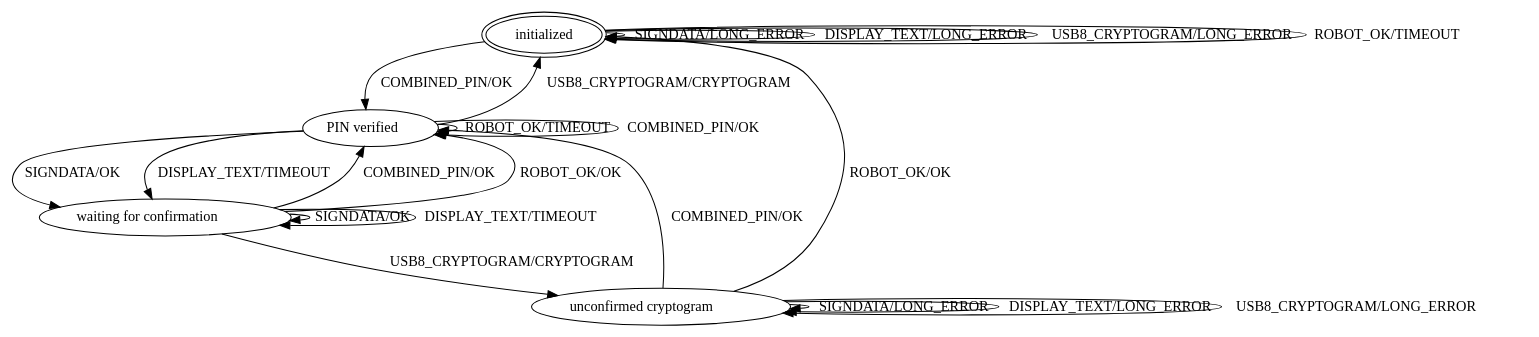
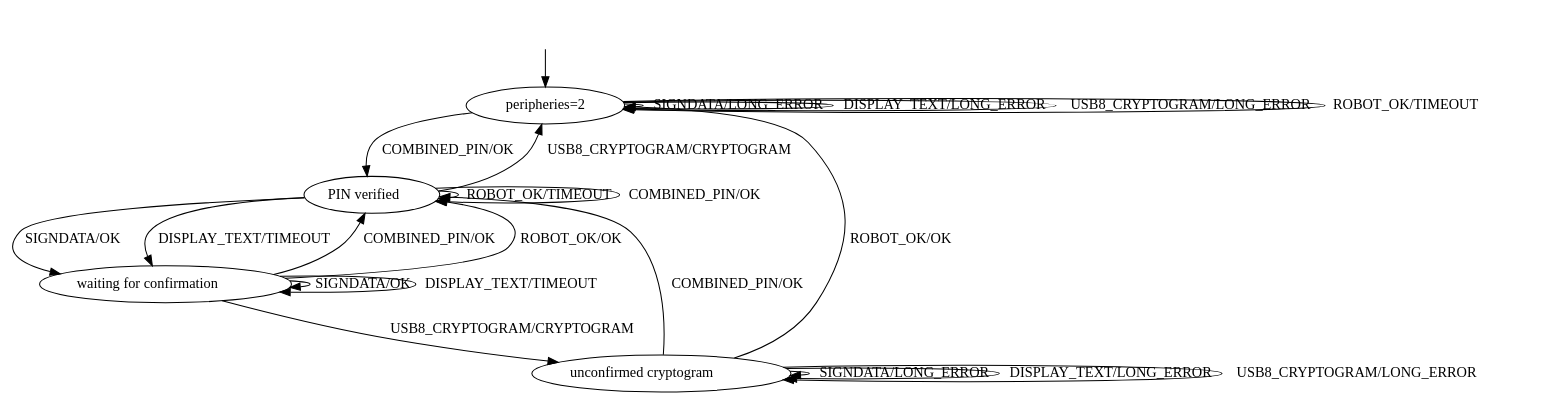
The diagram in benchmarks/Edentifier2/learnresult_old_device-simple_fix.dot (damascenodiego/automata_wiki), drawn with Graphviz before and after one commit. The commit also changed 171 other files, not shown here.

```diff
--- a/benchmarks/Edentifier2/learnresult_old_device-simple_fix.dot
+++ b/benchmarks/Edentifier2/learnresult_old_device-simple_fix.dot
@@ -1,26 +1,28 @@
 digraph G {
-initialized [peripheries=2];
+initialized [label="peripheries=2"];
 PIN_verified [label=<PIN verified>];
 waiting_for_confirmation [label=<waiting for confirmation>];
 unconfirmed_cryptogram [label=<unconfirmed cryptogram>];
 initialized -> initialized  [label="SIGNDATA/LONG_ERROR"];
 initialized -> initialized  [label="DISPLAY_TEXT/LONG_ERROR"];
 initialized -> initialized  [label="USB8_CRYPTOGRAM/LONG_ERROR"];
 initialized -> initialized  [label="ROBOT_OK/TIMEOUT"];
 initialized -> PIN_verified  [label="COMBINED_PIN/OK"];
 PIN_verified -> initialized  [label="USB8_CRYPTOGRAM/CRYPTOGRAM"];
 PIN_verified -> PIN_verified  [label="ROBOT_OK/TIMEOUT"];
 PIN_verified -> PIN_verified  [label="COMBINED_PIN/OK"];
 PIN_verified -> waiting_for_confirmation  [label="SIGNDATA/OK"];
 PIN_verified -> waiting_for_confirmation  [label="DISPLAY_TEXT/TIMEOUT"];
 waiting_for_confirmation -> PIN_verified  [label="COMBINED_PIN/OK"];
 waiting_for_confirmation -> PIN_verified  [label="ROBOT_OK/OK"];
 waiting_for_confirmation -> waiting_for_confirmation  [label="SIGNDATA/OK"];
 waiting_for_confirmation -> waiting_for_confirmation  [label="DISPLAY_TEXT/TIMEOUT"];
 waiting_for_confirmation -> unconfirmed_cryptogram  [label="USB8_CRYPTOGRAM/CRYPTOGRAM"];
 unconfirmed_cryptogram -> initialized  [label="ROBOT_OK/OK"];
 unconfirmed_cryptogram -> PIN_verified  [label="COMBINED_PIN/OK"];
 unconfirmed_cryptogram -> unconfirmed_cryptogram  [label="SIGNDATA/LONG_ERROR"];
 unconfirmed_cryptogram -> unconfirmed_cryptogram  [label="DISPLAY_TEXT/LONG_ERROR"];
 unconfirmed_cryptogram -> unconfirmed_cryptogram  [label="USB8_CRYPTOGRAM/LONG_ERROR"];
+__start0 [label="" shape="none"];
+__start0 -> initialized;
 }
```
